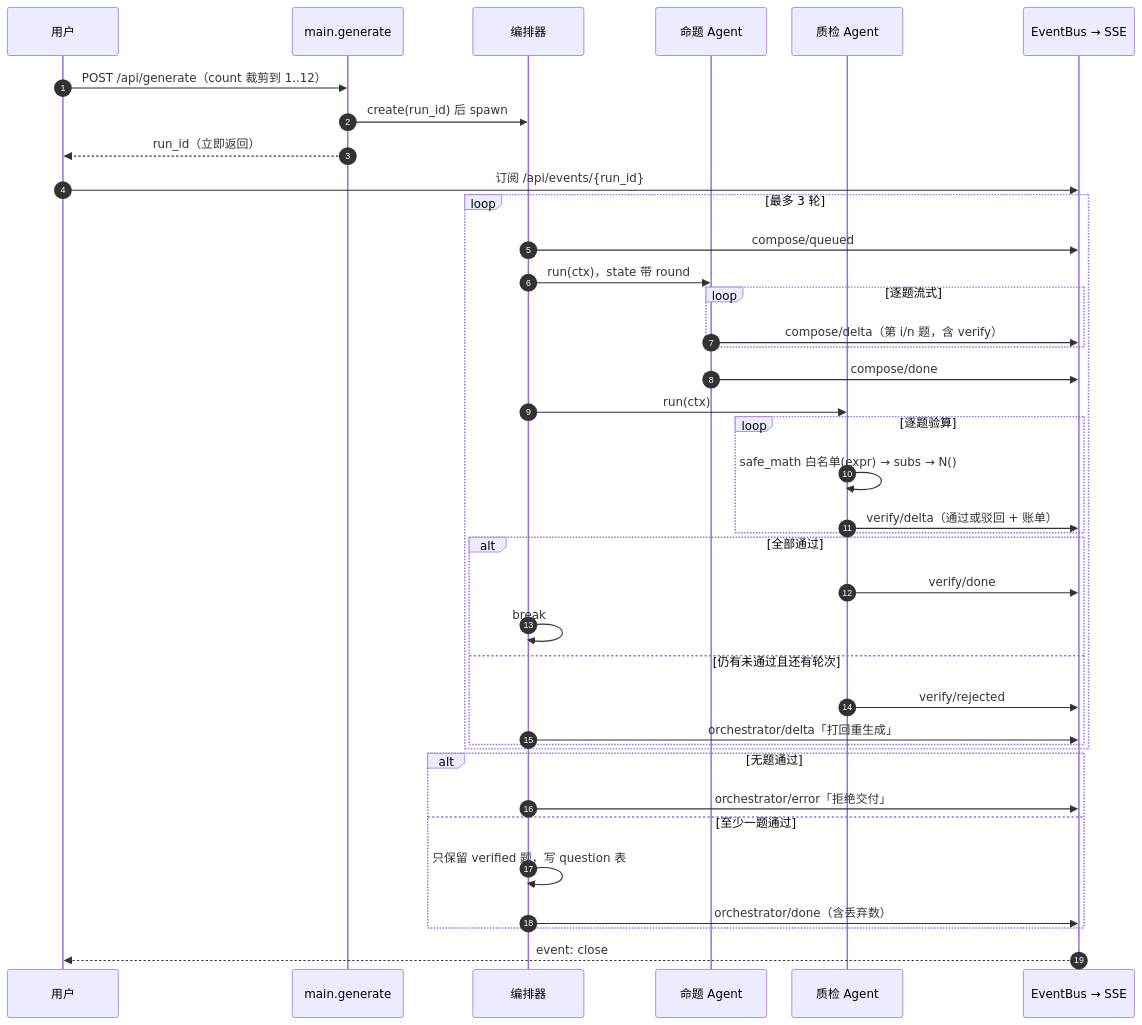
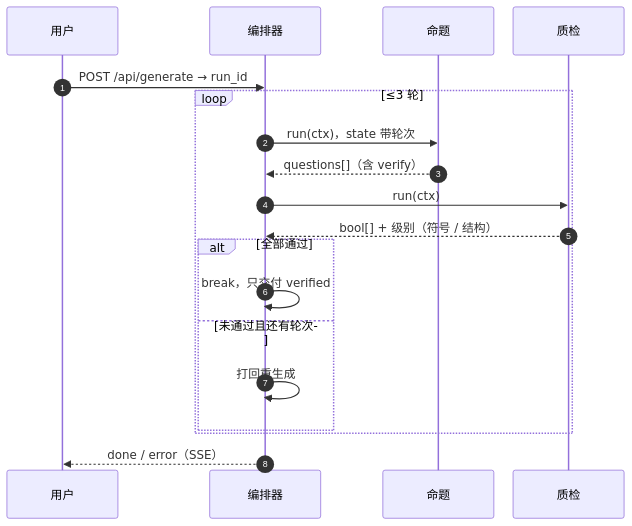
The second of 2 diagrams in docs/技术文档.md (Td12138/yizhi-chengke), drawn with Mermaid before and after one commit. The commit also changed other lines of this file and 1 other file, not shown here.

````diff
--- a/docs/技术文档.md
+++ b/docs/技术文档.md
@@ -254,42 +256,22 @@
 ```mermaid
-%%{init: {"sequence": {"diagramMarginX": 10, "diagramMarginY": 10, "actorMargin": 34, "messageMargin": 22, "boxMargin": 6, "noteMargin": 6}}}%%
+%%{init: {"sequence": {"diagramMarginX": 8, "diagramMarginY": 8, "actorMargin": 26, "messageMargin": 14, "boxMargin": 4, "noteMargin": 4}}}%%
 sequenceDiagram
     autonumber
     participant U as 用户
-    participant API as main.generate
     participant O as 编排器
-    participant A3 as 命题 Agent
-    participant A4 as 质检 Agent
-    participant BUS as EventBus → SSE
-    U->>API: POST /api/generate（count 裁剪到 1..12）
-    API->>O: create(run_id) 后 spawn
-    API-->>U: run_id（立即返回）
-    U->>BUS: 订阅 /api/events/{run_id}
-    loop 最多 3 轮
-        O->>BUS: compose/queued
-        O->>A3: run(ctx)，state 带 round
-        loop 逐题流式
-            A3->>BUS: compose/delta（第 i/n 题，含 verify）
-        end
-        A3->>BUS: compose/done
+    participant A3 as 命题
+    participant A4 as 质检
+    U->>O: POST /api/generate → run_id
+    loop ≤3 轮
+        O->>A3: run(ctx)，state 带轮次
+        A3-->>O: questions[]（含 verify）
         O->>A4: run(ctx)
-        loop 逐题验算
-            A4->>A4: safe_math 白名单(expr) → subs → N()
-            A4->>BUS: verify/delta（通过或驳回 + 账单）
-        end
+        A4-->>O: bool[] + 级别（符号 / 结构）
         alt 全部通过
-            A4->>BUS: verify/done
-            O->>O: break
-        else 仍有未通过且还有轮次
-            A4->>BUS: verify/rejected
-            O->>BUS: orchestrator/delta「打回重生成」
+            O->>O: break，只交付 verified
+        else 未通过且还有轮次
+            O->>O: 打回重生成
         end
     end
-    alt 无题通过
-        O->>BUS: orchestrator/error「拒绝交付」
-    else 至少一题通过
-        O->>O: 只保留 verified 题，写 question 表
-        O->>BUS: orchestrator/done（含丢弃数）
-    end
-    BUS-->>U: event: close
+    O-->>U: done / error（SSE）
 ```
````
